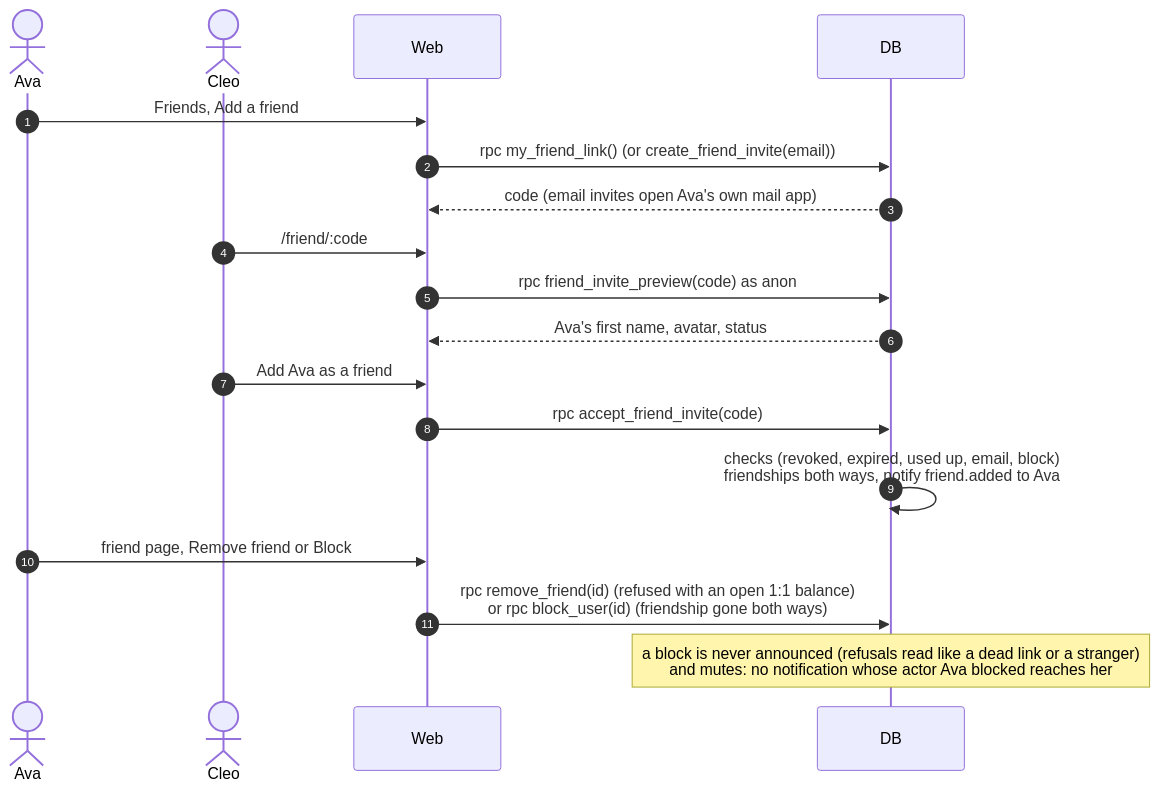
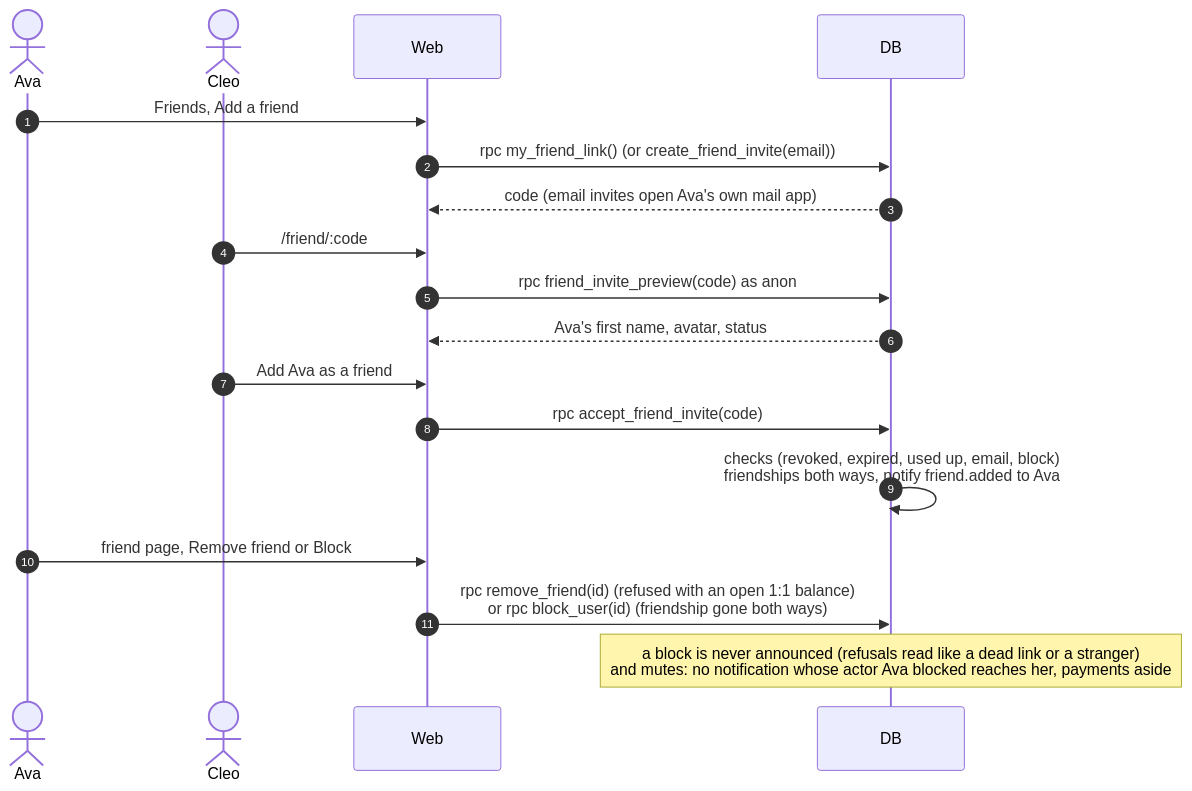
The fifth of 26 diagrams in docs/sequences.md (Fermulate/potluck), drawn with Mermaid before and after one commit. The commit also changed 11 other files, not shown here.

Commit message:
notify blockers of payments, limit blocked edits to own

````diff
--- a/docs/sequences.md
+++ b/docs/sequences.md
@@ -179,21 +179,21 @@
 ```mermaid
 sequenceDiagram
   autonumber
   actor A as Ava
   actor C as Cleo
   participant W as Web
   participant DB as DB
 
   A->>W: Friends, Add a friend
   W->>DB: rpc my_friend_link() (or create_friend_invite(email))
   DB-->>W: code (email invites open Ava's own mail app)
   C->>W: /friend/:code
   W->>DB: rpc friend_invite_preview(code) as anon
   DB-->>W: Ava's first name, avatar, status
   C->>W: Add Ava as a friend
   W->>DB: rpc accept_friend_invite(code)
   DB->>DB: checks (revoked, expired, used up, email, block)<br/>friendships both ways, notify friend.added to Ava
   A->>W: friend page, Remove friend or Block
   W->>DB: rpc remove_friend(id) (refused with an open 1:1 balance)<br/>or rpc block_user(id) (friendship gone both ways)
-  Note over DB: a block is never announced (refusals read like a dead link or a stranger)<br/>and mutes: no notification whose actor Ava blocked reaches her
+  Note over DB: a block is never announced (refusals read like a dead link or a stranger)<br/>and mutes: no notification whose actor Ava blocked reaches her, payments aside
 ```
````
